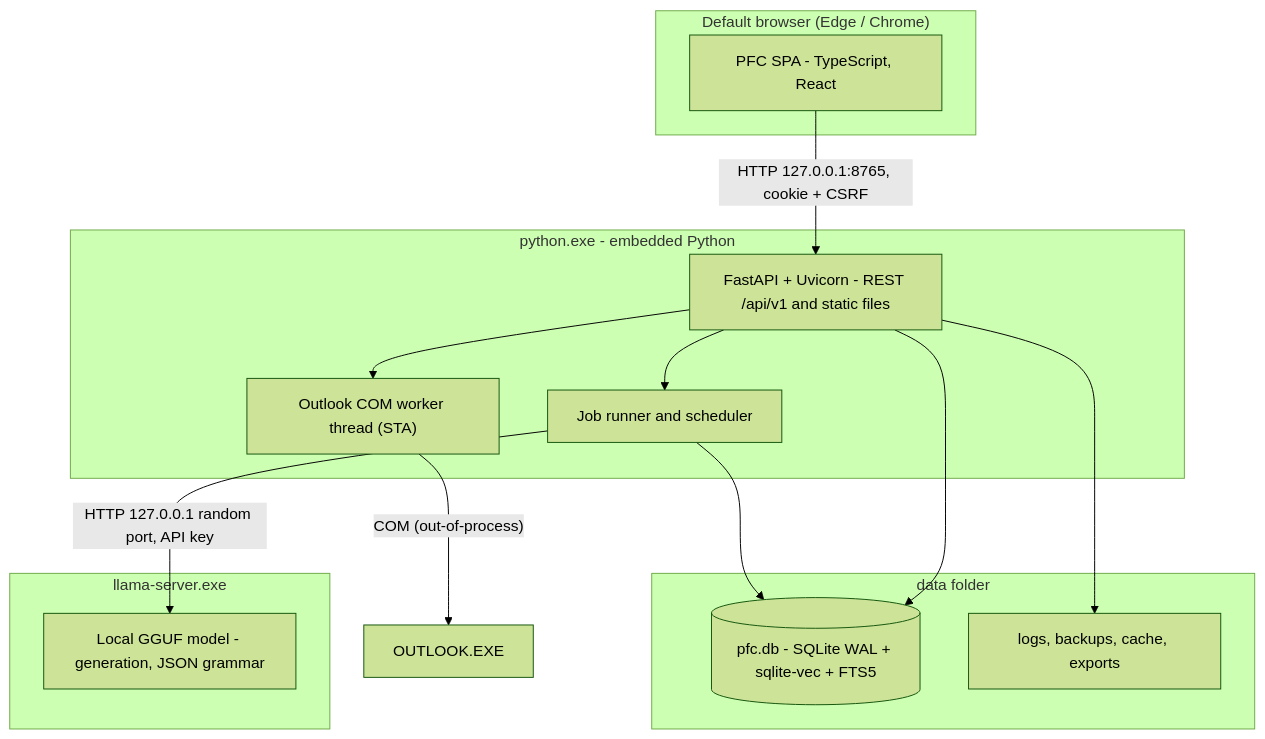
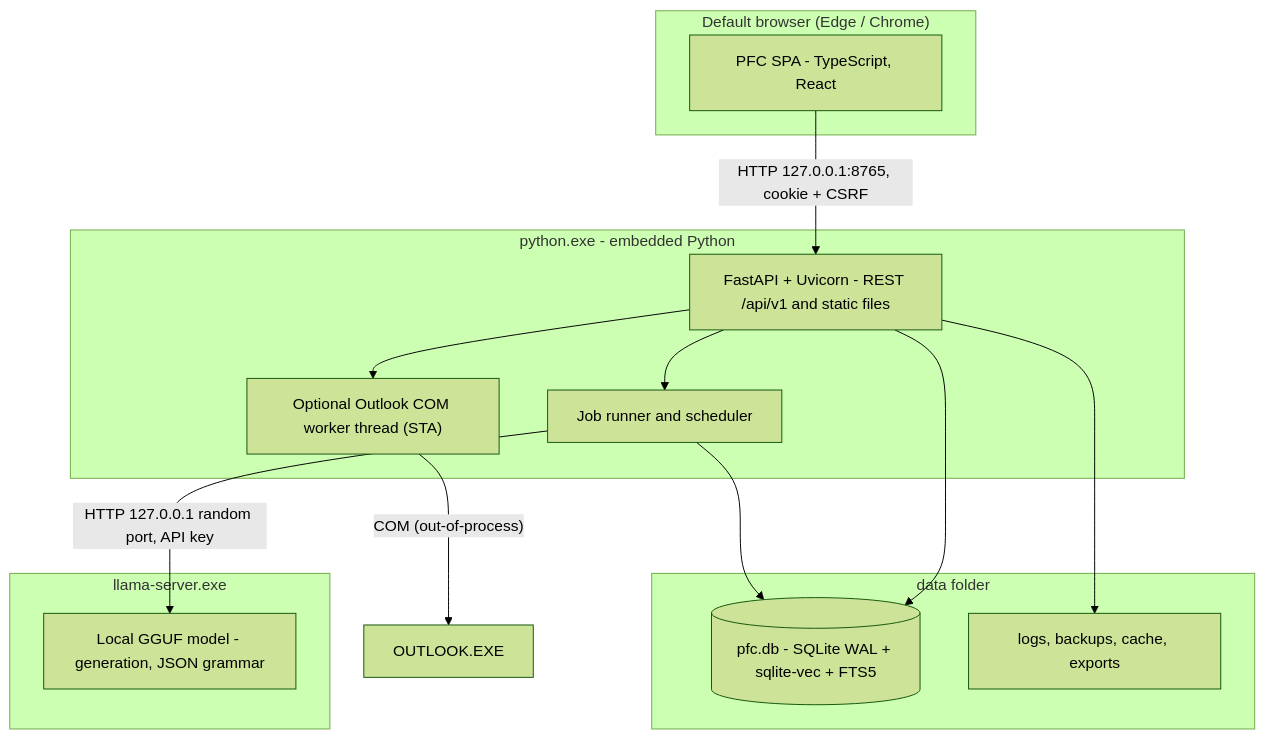
The third of 9 diagrams in PFC/docs/ARCHITECTURE.md (Cognition-Partner-Workshops/PerfectFitCandidate), drawn with Mermaid (forest theme) before and after one commit. The commit also changed other lines of this file and 29 other files, not shown here.

````diff
--- a/PFC/docs/ARCHITECTURE.md
+++ b/PFC/docs/ARCHITECTURE.md
@@ -137,27 +138,27 @@
 ```mermaid
 flowchart TB
     subgraph Browser["Default browser (Edge / Chrome)"]
         SPA["PFC SPA - TypeScript, React"]
     end
     subgraph PY["python.exe - embedded Python"]
         API["FastAPI + Uvicorn - REST /api/v1 and static files"]
         JOBS["Job runner and scheduler"]
-        COMW["Outlook COM worker thread (STA)"]
+        COMW["Optional Outlook COM worker thread (STA)"]
     end
     subgraph LLMP["llama-server.exe"]
         GEN["Local GGUF model - generation, JSON grammar"]
     end
     subgraph FILES["data folder"]
         SQL[("pfc.db - SQLite WAL + sqlite-vec + FTS5")]
         LOGS["logs, backups, cache, exports"]
     end
     OLK["OUTLOOK.EXE"]
     SPA -- "HTTP 127.0.0.1:8765, cookie + CSRF" --> API
     API --> JOBS
     API --> SQL
     JOBS --> SQL
     JOBS -- "HTTP 127.0.0.1 random port, API key" --> GEN
     API --> COMW
     COMW -- "COM (out-of-process)" --> OLK
     API --> LOGS
 ```
````
